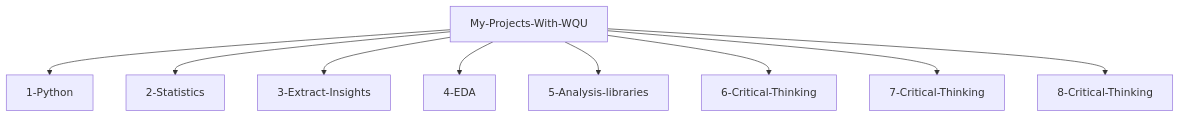
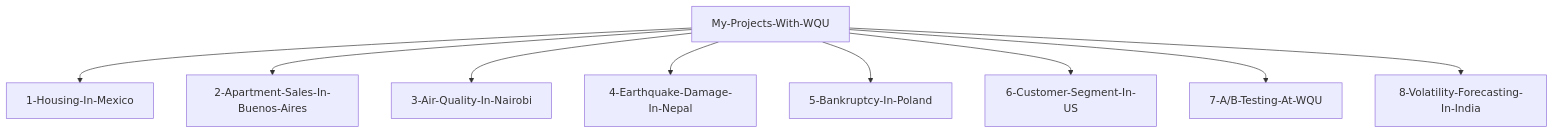
The diagram in README.md (Fharuk/worldquant-university), drawn with Mermaid before and after one commit. The commit also changed other lines of this file, not shown here.

Commit message:
Update WQU-Information

````diff
--- a/README.md
+++ b/README.md
@@ -4,11 +4,11 @@
 ```mermaid
 graph TD;
-    My-Projects-With-WQU-->1-Python;
-    My-Projects-With-WQU-->2-Statistics;
-    My-Projects-With-WQU-->3-Extract-Insights;
-    My-Projects-With-WQU-->4-EDA;
-    My-Projects-With-WQU-->5-Analysis-libraries;
-    My-Projects-With-WQU-->6-Critical-Thinking;
-    My-Projects-With-WQU-->7-Critical-Thinking;
-    My-Projects-With-WQU-->8-Critical-Thinking;
+    My-Projects-With-WQU-->1-Housing-In-Mexico;
+    My-Projects-With-WQU-->2-Apartment-Sales-In-Buenos-Aires;
+    My-Projects-With-WQU-->3-Air-Quality-In-Nairobi;
+    My-Projects-With-WQU-->4-Earthquake-Damage-In-Nepal;
+    My-Projects-With-WQU-->5-Bankruptcy-In-Poland;
+    My-Projects-With-WQU-->6-Customer-Segment-In-US;
+    My-Projects-With-WQU-->7-A/B-Testing-At-WQU;
+    My-Projects-With-WQU-->8-Volatility-Forecasting-In-India;
    ```
````
